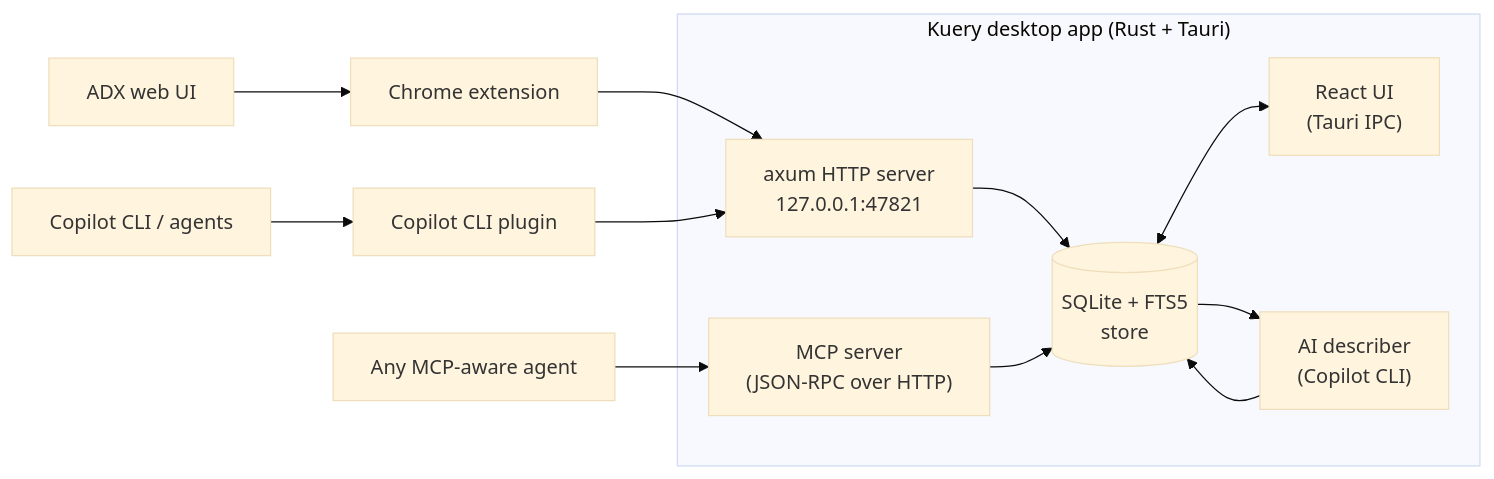
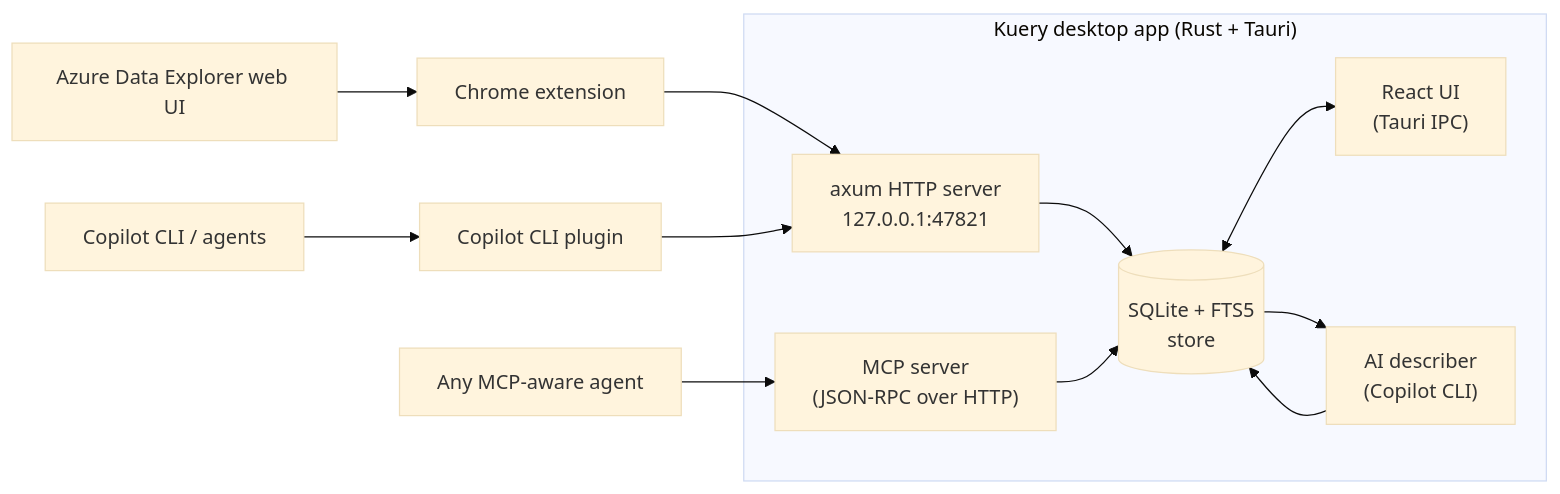
The diagram in README.md (timrogers/kuery), drawn with Mermaid (base theme) before and after one commit. The commit also changed other lines of this file and 1 other file, not shown here.

Commit message:
Update README intro: macOS app; spell out Azure Data Explorer

````diff
--- a/README.md
+++ b/README.md
@@ -30,24 +28,24 @@
 ```mermaid
 flowchart LR
-    ADX[ADX web UI]
+    ADX[Azure Data Explorer web UI]
     CLI[Copilot CLI / agents]
     EXT[Chrome extension]
     PLG[Copilot CLI plugin]
 
     subgraph Kuery["Kuery desktop app (Rust + Tauri)"]
         HTTP["axum HTTP server<br/>127.0.0.1:47821"]
         STORE[("SQLite + FTS5<br/>store")]
         UI["React UI<br/>(Tauri IPC)"]
         AI["AI describer<br/>(Copilot CLI)"]
         MCP["MCP server<br/>(JSON-RPC over HTTP)"]
     end
 
     AGENT[Any MCP-aware agent]
 
     ADX --> EXT --> HTTP
     CLI --> PLG --> HTTP
     HTTP --> STORE
     STORE <--> UI
     STORE --> AI --> STORE
     AGENT --> MCP --> STORE
 ```
````
